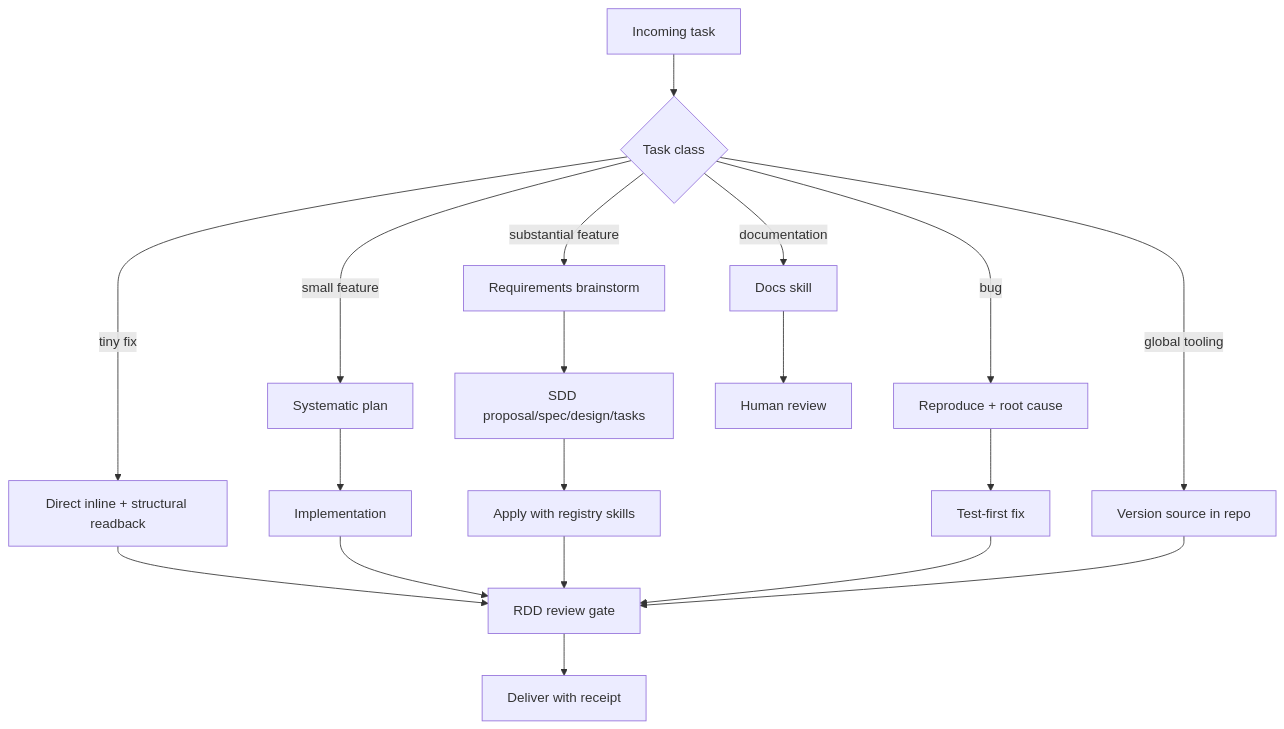
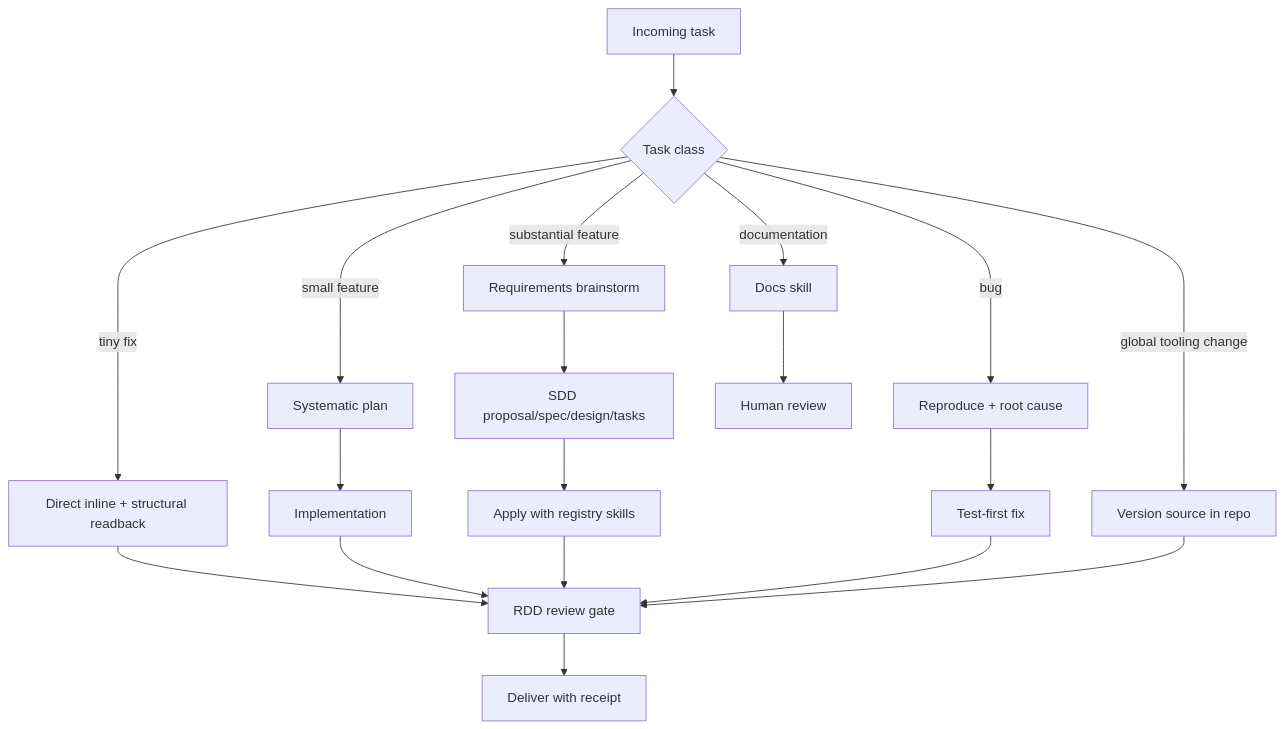
Before and after one commit to EnigmaJazz/workflow_optimisation: the diagram in WORKFLOW.md, drawn with Mermaid.

Commit message:
docs: align mermaid diagram label with canonical task class name
The diagram branch used the abbreviated 'global tooling' while every other
surface names the class 'global tooling change' (brainstorm R1, AGENTS.md
summary, WORKFLOW.md table). Align the diagram label to the canonical name.
Docs-only, 1 line; review declined by maintainer for this candidate.

````diff
--- a/WORKFLOW.md
+++ b/WORKFLOW.md
@@ -20,11 +20,11 @@
 ```mermaid
 flowchart TB
   Task[Incoming task] --> Classify{Task class}
   Classify -->|tiny fix| Inline[Direct inline + structural readback] --> Gate
   Classify -->|small feature| SPlan[Systematic plan] --> Impl[Implementation] --> Gate[RDD review gate]
   Classify -->|substantial feature| Brain[Requirements brainstorm] --> SDD[SDD proposal/spec/design/tasks] --> Apply[Apply with registry skills] --> Gate
   Classify -->|bug| Reproduce[Reproduce + root cause] --> TDD[Test-first fix] --> Gate
   Classify -->|documentation| Docs[Docs skill] --> HRev[Human review]
-  Classify -->|global tooling| Ver[Version source in repo] --> Gate[RDD review gate]
+  Classify -->|global tooling change| Ver[Version source in repo] --> Gate[RDD review gate]
   Gate --> Deliver[Deliver with receipt]
 ```
````
